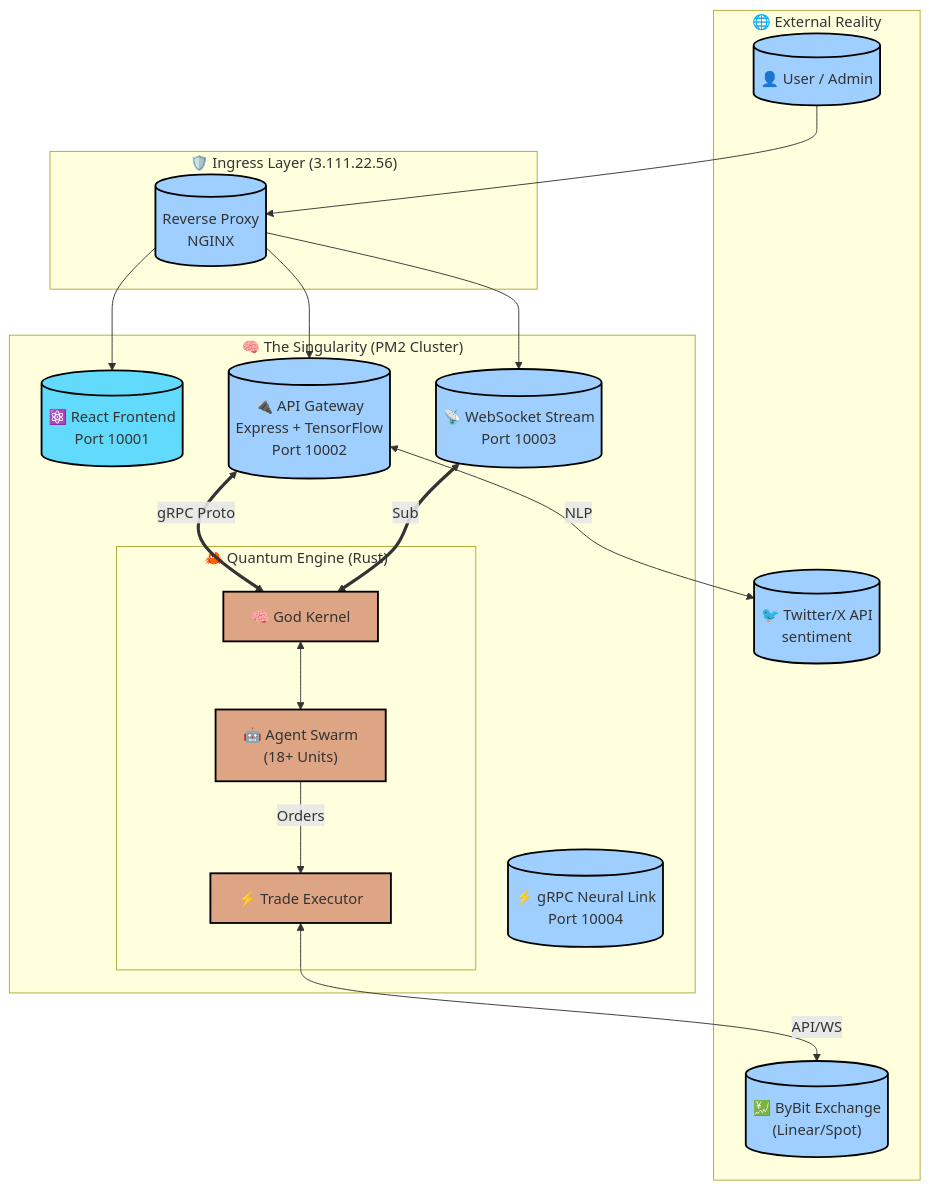
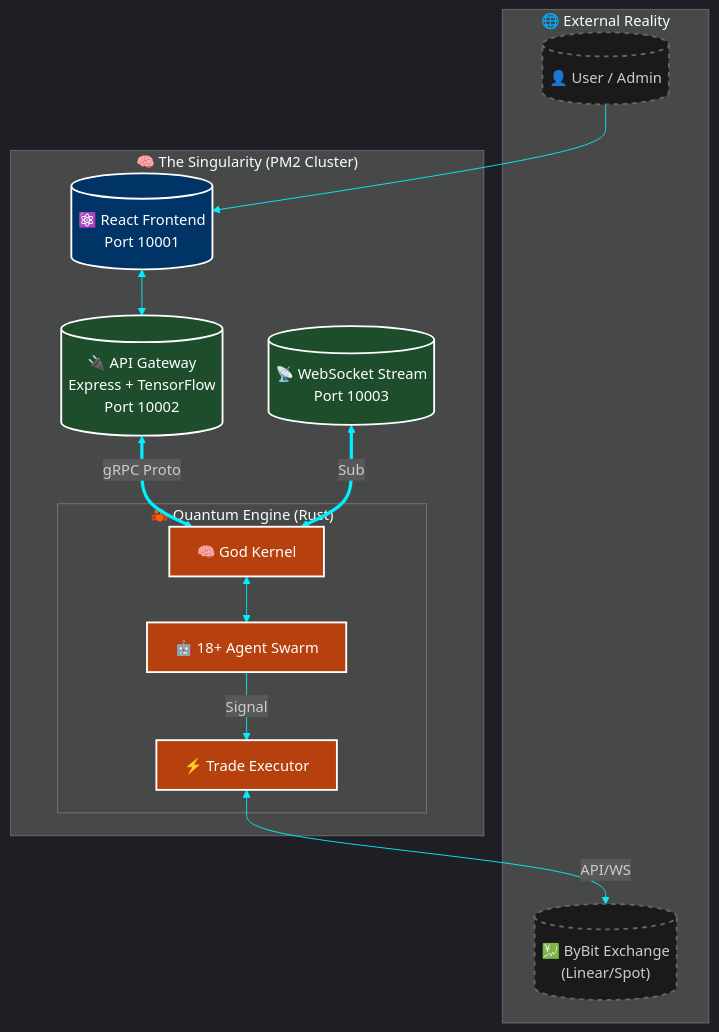
The first of 2 diagrams in README.md (MrDecryptDecipher/Diia), drawn with Mermaid before and after one commit. The commit also changed other lines of this file, not shown here.

````diff
--- a/README.md
+++ b/README.md
@@ -37,44 +35,35 @@
 ```mermaid
 graph TD
-    %% Theme
-    classDef rust fill:#dea584,stroke:#000,stroke-width:2px;
-    classDef node fill:#9ecfff,stroke:#000,stroke-width:2px;
-    classDef react fill:#61dafb,stroke:#000,stroke-width:2px;
-    classDef ext fill:#f0f0f0,stroke:#333,stroke-dasharray: 5 5;
+    %% Theme Enforcement
+    %%{init: {'theme': 'dark', 'themeVariables': { 'darkMode': true, 'background': '#0d0d0d', 'primaryColor': '#7000ff', 'lineColor': '#00f0ff'}}}%%
+    
+    classDef rust fill:#b7410e,stroke:#fff,stroke-width:2px,color:white;
+    classDef node fill:#1e4d2b,stroke:#fff,stroke-width:2px,color:white;
+    classDef react fill:#003366,stroke:#fff,stroke-width:2px,color:white;
+    classDef ext fill:#1a1a1a,stroke:#666,stroke-dasharray: 5 5,color:#ccc;
 
     subgraph Internet ["🌐 External Reality"]
-        Users[("👤 User / Admin")]
-        ByBit[("💹 ByBit Exchange<br/>(Linear/Spot)")]
-        Social[("🐦 Twitter/X API<br/>sentiment")]
-    end
-
-    subgraph Ingress ["🛡️ Ingress Layer (3.111.22.56)"]
-        NGINX[("Reverse Proxy<br/>NGINX")]
+        Users[("👤 User / Admin")]:::ext
+        ByBit[("💹 ByBit Exchange<br/>(Linear/Spot)")]:::ext
     end
 
     subgraph Core ["🧠 The Singularity (PM2 Cluster)"]
         Frontend[("⚛️ React Frontend<br/>Port 10001")]:::react
         API[("🔌 API Gateway<br/>Express + TensorFlow<br/>Port 10002")]:::node
         Socket[("📡 WebSocket Stream<br/>Port 10003")]:::node
-        gRPC[("⚡ gRPC Neural Link<br/>Port 10004")]:::node
         
         subgraph RustEngine ["🦀 Quantum Engine (Rust)"]
             GodKernel["🧠 God Kernel"]:::rust
-            Agents["🤖 Agent Swarm<br/>(18+ Units)"]:::rust
+            Agents["🤖 18+ Agent Swarm"]:::rust
             OrderExec["⚡ Trade Executor"]:::rust
         end
     end
 
-    Users --> NGINX
-    NGINX --> Frontend
-    NGINX --> API
-    NGINX --> Socket
-
+    Users --> Frontend
+    Frontend <--> API
     API <==>|gRPC Proto| GodKernel
     Socket <==> |Sub| GodKernel
-    
     GodKernel <--> Agents
-    Agents -->|Orders| OrderExec
+    Agents -->|Signal| OrderExec
     OrderExec <-->|API/WS| ByBit
-    API <-->|NLP| Social
 ```
````
